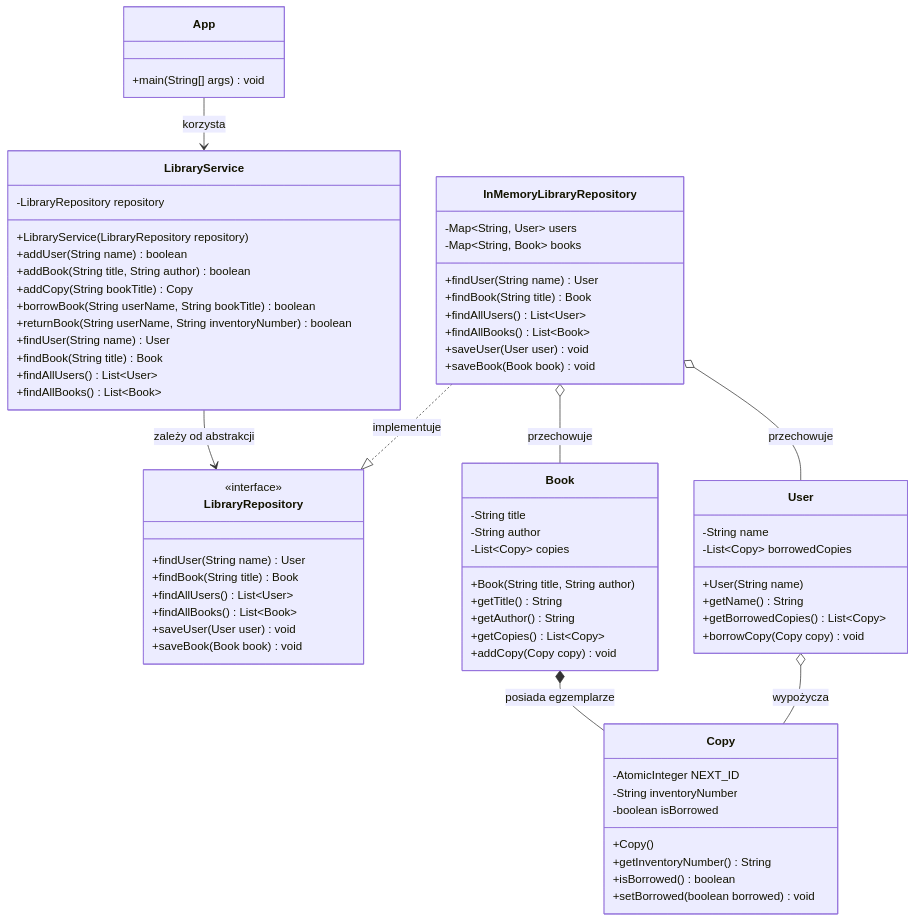
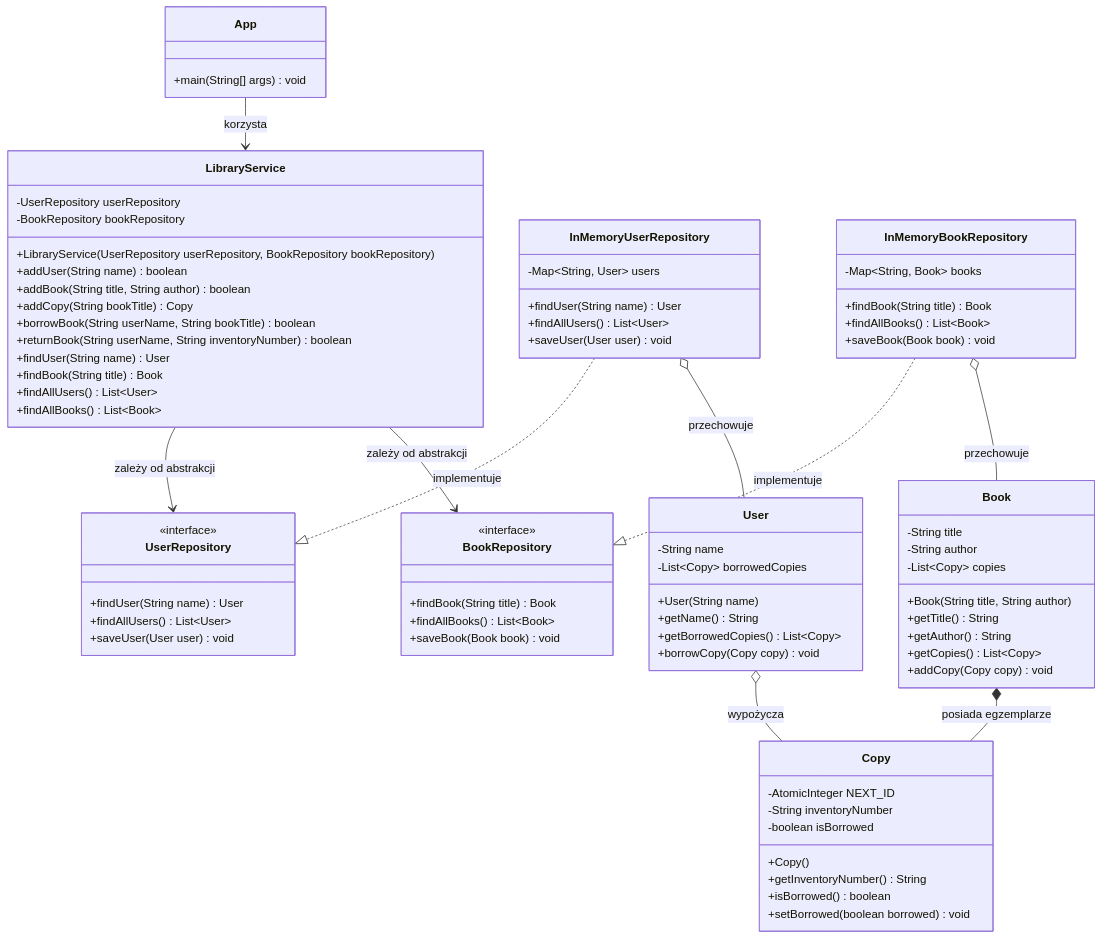
One commit to FlyPocker/INA-Labs changed the first of 2 diagrams in Semestr_3/Technologia/Lab2/library/diagram.md. Above: the diagram before and after it, drawn with Mermaid. The commit also changed 29 other files, not shown here.

````diff
--- a/Semestr_3/Technologia/Lab2/library/diagram.md
+++ b/Semestr_3/Technologia/Lab2/library/diagram.md
@@ -9,8 +9,9 @@
     }
 
     class LibraryService {
-        -LibraryRepository repository
-        +LibraryService(LibraryRepository repository)
+        -UserRepository userRepository
+        -BookRepository bookRepository
+        +LibraryService(UserRepository userRepository, BookRepository bookRepository)
         +addUser(String name) boolean
         +addBook(String title, String author) boolean
         +addCopy(String bookTitle) Copy
@@ -22,24 +23,31 @@
         +findAllBooks() List~Book~
     }
 
-    class LibraryRepository {
+    class UserRepository {
         <<interface>>
         +findUser(String name) User
+        +findAllUsers() List~User~
+        +saveUser(User user) void
+    }
+
+    class BookRepository {
+        <<interface>>
         +findBook(String title) Book
-        +findAllUsers() List~User~
         +findAllBooks() List~Book~
-        +saveUser(User user) void
         +saveBook(Book book) void
     }
 
-    class InMemoryLibraryRepository {
+    class InMemoryUserRepository {
         -Map~String, User~ users
+        +findUser(String name) User
+        +findAllUsers() List~User~
+        +saveUser(User user) void
+    }
+
+    class InMemoryBookRepository {
         -Map~String, Book~ books
-        +findUser(String name) User
         +findBook(String title) Book
-        +findAllUsers() List~User~
         +findAllBooks() List~Book~
-        +saveUser(User user) void
         +saveBook(Book book) void
     }
 
@@ -74,10 +82,12 @@
     }
 
     App --> LibraryService : korzysta
-    LibraryService --> LibraryRepository : zależy od abstrakcji
-    InMemoryLibraryRepository ..|> LibraryRepository : implementuje
-    InMemoryLibraryRepository o-- User : przechowuje
-    InMemoryLibraryRepository o-- Book : przechowuje
+    LibraryService --> UserRepository : zależy od abstrakcji
+    LibraryService --> BookRepository : zależy od abstrakcji
+    InMemoryUserRepository ..|> UserRepository : implementuje
+    InMemoryBookRepository ..|> BookRepository : implementuje
+    InMemoryUserRepository o-- User : przechowuje
+    InMemoryBookRepository o-- Book : przechowuje
     Book *-- Copy : posiada egzemplarze
     User o-- Copy : wypożycza
 ```
````
